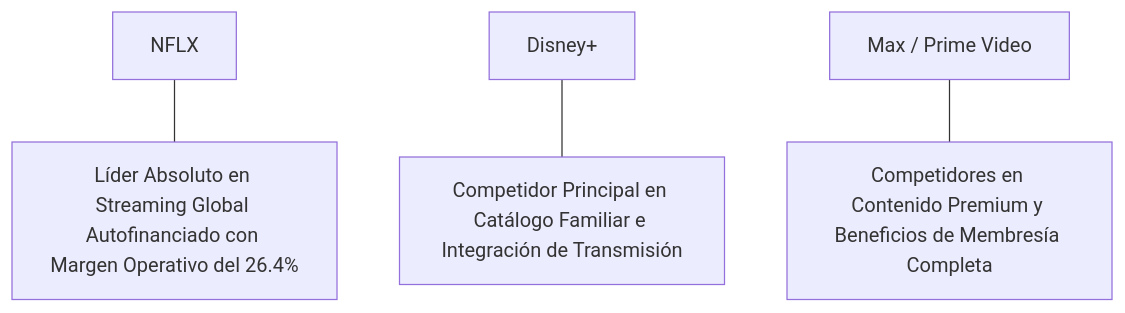
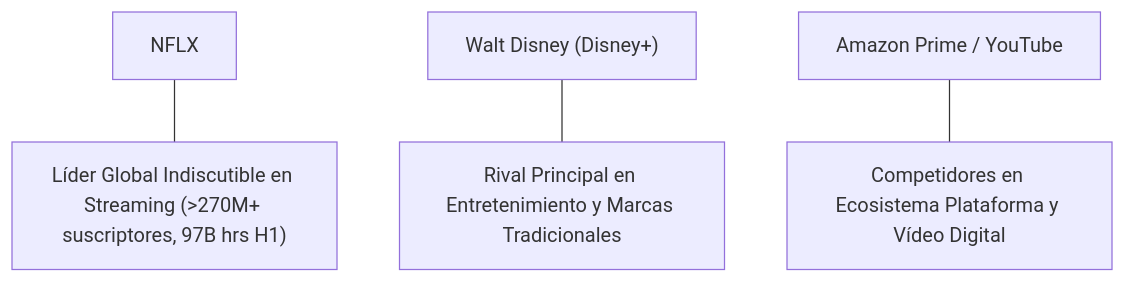
Before and after one commit to poolvc-dev/finance-cqv-find: the first of 2 diagrams in inform/NFLX_2026_Q2.md, drawn with Mermaid. The commit also changed other lines of this file and 10 other files, not shown here.

````diff
--- a/inform/NFLX_2026_Q2.md
+++ b/inform/NFLX_2026_Q2.md
@@ -99,6 +98,6 @@
 ```mermaid
 graph TD
-    Sub1[NFLX] --- Leader1[Líder Absoluto en Streaming Global Autofinanciado con Margen Operativo del 26.4%]
-    Sub2[Disney+] --- Leader2[Competidor Principal en Catálogo Familiar e Integración de Transmisión]
-    Sub3[Max / Prime Video] --- Leader3[Competidores en Contenido Premium y Beneficios de Membresía Completa]
+    Sub1["NFLX"] --- Leader1["Líder Global Indiscutible en Streaming (>270M+ suscriptores, 97B hrs H1)"]
+    Sub2["Walt Disney (Disney+)"] --- Leader2["Rival Principal en Entretenimiento y Marcas Tradicionales"]
+    Sub3["Amazon Prime / YouTube"] --- Leader3["Competidores en Ecosistema Plataforma y Vídeo Digital"]
 ```
````
